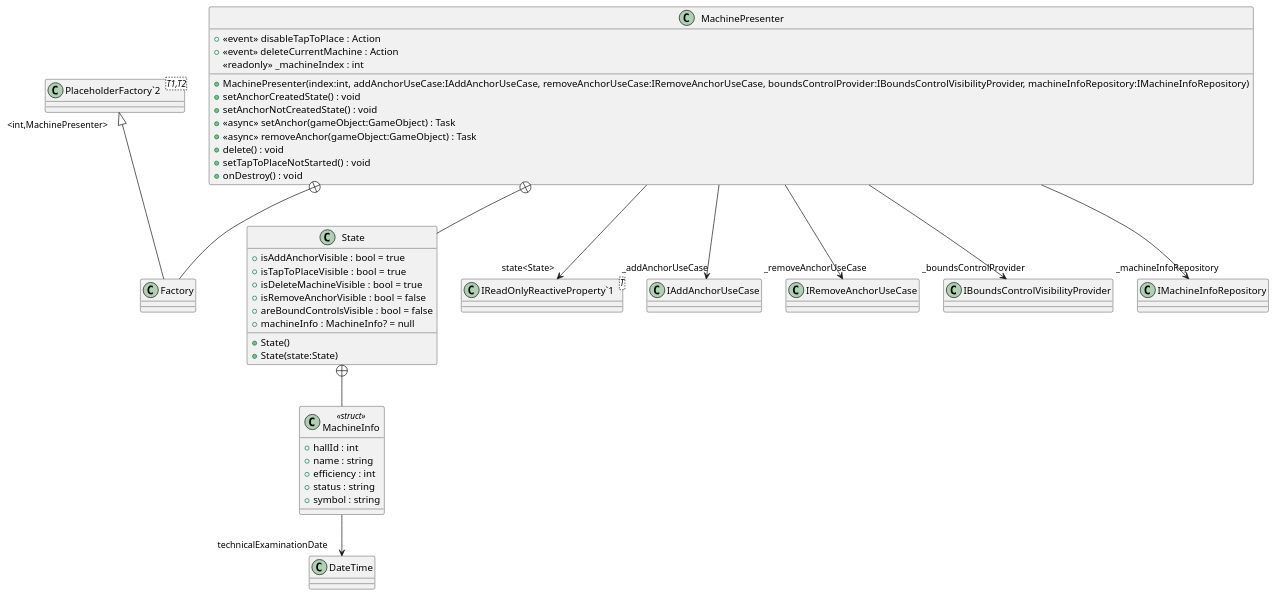
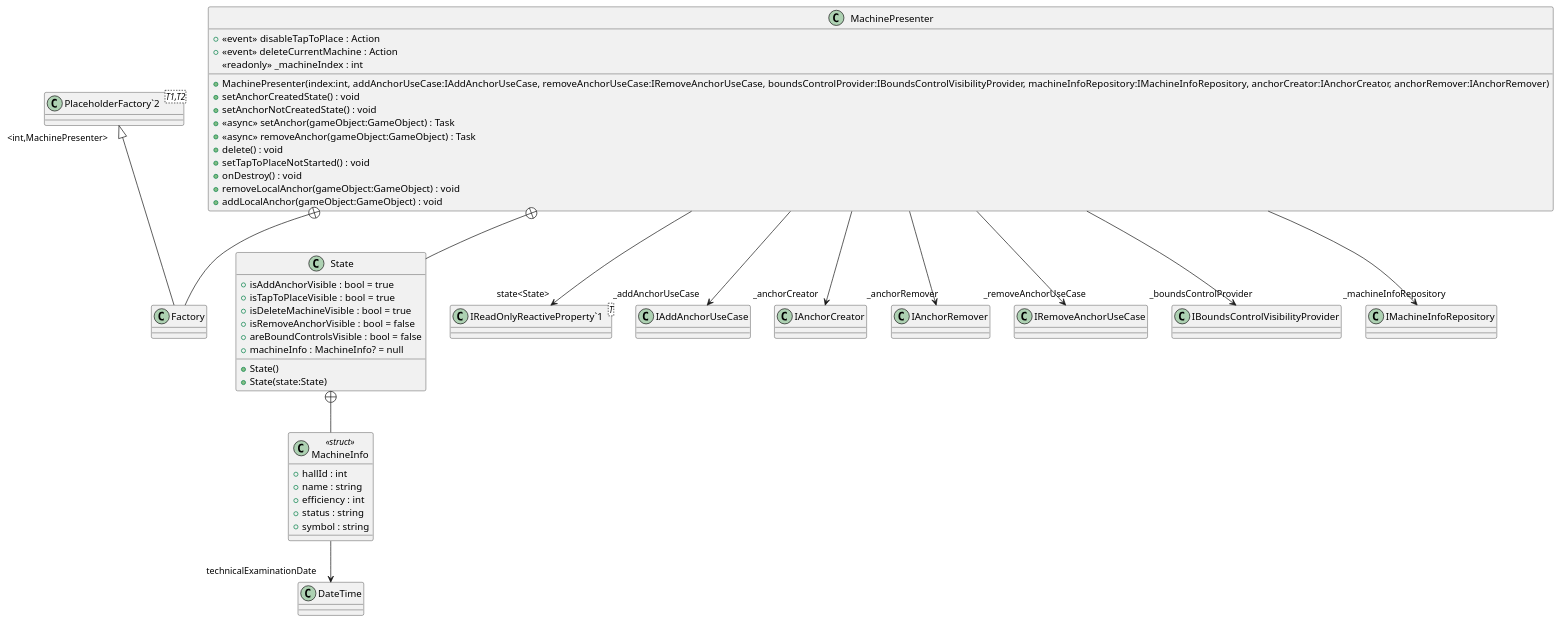
One commit to DeNatur/ProductionFloorVisualization changed the diagram in UML/presenters/MachinePresenter.puml. Above: the diagram before and after it, drawn with PlantUML. The commit also changed 3 other files, not shown here.

Commit message:
Generate UML (Generate UML)

```diff
--- a/UML/presenters/MachinePresenter.puml
+++ b/UML/presenters/MachinePresenter.puml
@@ -1,48 +1,52 @@
 @startuml
 class MachinePresenter {
     +  <<event>> disableTapToPlace : Action 
     +  <<event>> deleteCurrentMachine : Action 
     <<readonly>> _machineIndex : int
-    + MachinePresenter(index:int, addAnchorUseCase:IAddAnchorUseCase, removeAnchorUseCase:IRemoveAnchorUseCase, boundsControlProvider:IBoundsControlVisibilityProvider, machineInfoRepository:IMachineInfoRepository)
+    + MachinePresenter(index:int, addAnchorUseCase:IAddAnchorUseCase, removeAnchorUseCase:IRemoveAnchorUseCase, boundsControlProvider:IBoundsControlVisibilityProvider, machineInfoRepository:IMachineInfoRepository, anchorCreator:IAnchorCreator, anchorRemover:IAnchorRemover)
     + setAnchorCreatedState() : void
     + setAnchorNotCreatedState() : void
     + <<async>> setAnchor(gameObject:GameObject) : Task
     + <<async>> removeAnchor(gameObject:GameObject) : Task
     + delete() : void
     + setTapToPlaceNotStarted() : void
     + onDestroy() : void
+    + removeLocalAnchor(gameObject:GameObject) : void
+    + addLocalAnchor(gameObject:GameObject) : void
 }
 class State {
     + isAddAnchorVisible : bool = true
     + isTapToPlaceVisible : bool = true
     + isDeleteMachineVisible : bool = true
     + isRemoveAnchorVisible : bool = false
     + areBoundControlsVisible : bool = false
     + machineInfo : MachineInfo? = null
     + State()
     + State(state:State)
 }
 class "IReadOnlyReactiveProperty`1"<T> {
 }
 class Factory {
 }
 class MachineInfo <<struct>> {
     + hallId : int
     + name : string
     + efficiency : int
     + status : string
     + symbol : string
 }
 class "PlaceholderFactory`2"<T1,T2> {
 }
 MachinePresenter --> "state<State>" "IReadOnlyReactiveProperty`1"
 MachinePresenter --> "_addAnchorUseCase" IAddAnchorUseCase
+MachinePresenter --> "_anchorCreator" IAnchorCreator
+MachinePresenter --> "_anchorRemover" IAnchorRemover
 MachinePresenter --> "_removeAnchorUseCase" IRemoveAnchorUseCase
 MachinePresenter --> "_boundsControlProvider" IBoundsControlVisibilityProvider
 MachinePresenter --> "_machineInfoRepository" IMachineInfoRepository
 MachinePresenter +-- State
 MachinePresenter +-- Factory
 "PlaceholderFactory`2" "<int,MachinePresenter>" <|-- Factory
 State +-- MachineInfo
 MachineInfo --> "technicalExaminationDate" DateTime
 @enduml
```
